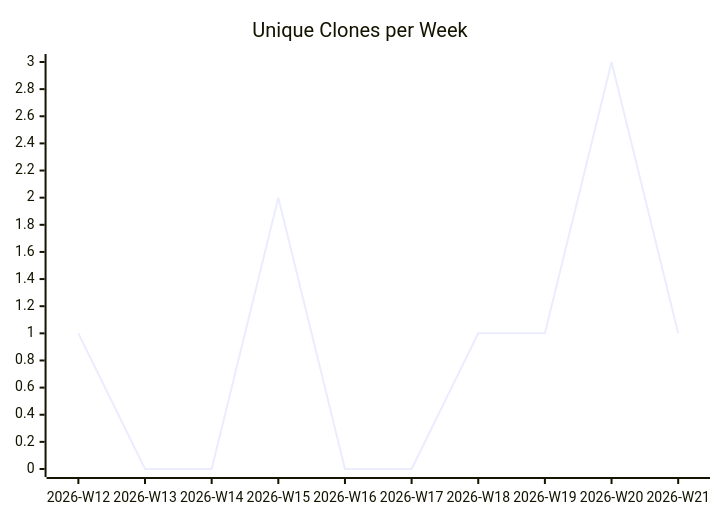
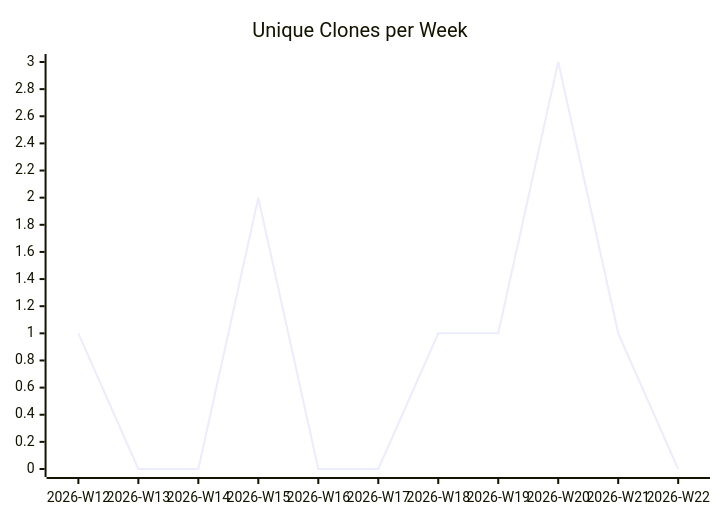
The third of 3 diagrams in karlmdavis/liquibase/README.md (justdavis-family/github-analytics-data), drawn with Mermaid before and after one commit. The commit also changed other lines of this file and 190 other files, not shown here.

````diff
--- a/karlmdavis/liquibase/README.md
+++ b/karlmdavis/liquibase/README.md
@@ -19,6 +19,6 @@
 ```mermaid
 xychart-beta
   title "Unique Clones per Week"
-  x-axis ["2026-W12", "2026-W13", "2026-W14", "2026-W15", "2026-W16", "2026-W17", "2026-W18", "2026-W19", "2026-W20", "2026-W21"]
-  line [1, 0, 0, 2, 0, 0, 1, 1, 3, 1]
+  x-axis ["2026-W12", "2026-W13", "2026-W14", "2026-W15", "2026-W16", "2026-W17", "2026-W18", "2026-W19", "2026-W20", "2026-W21", "2026-W22"]
+  line [1, 0, 0, 2, 0, 0, 1, 1, 3, 1, 0]
 ```
````
